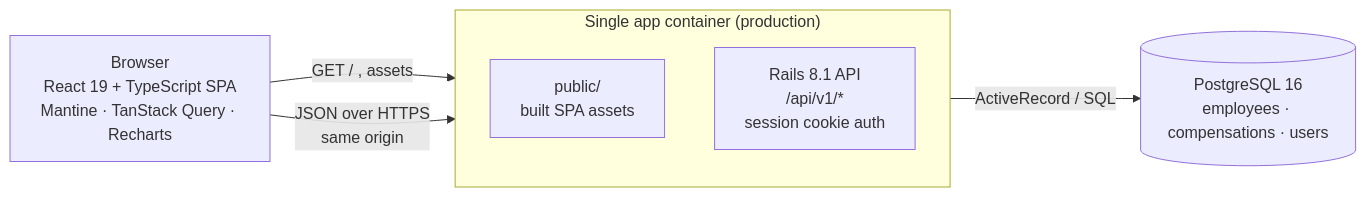
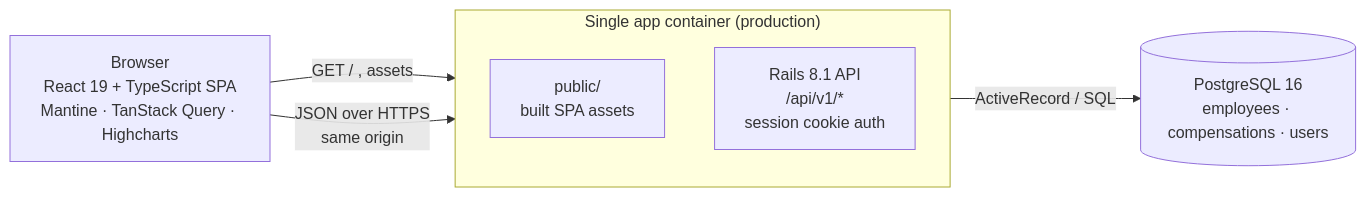
One commit to sravan44/salary-dashboard changed the second of 9 diagrams in docs/architecture-diagrams.md. Above: the diagram before and after it, drawn with Mermaid. The commit also changed other lines of this file and 92 other files, not shown here.

First line of the commit message:
M6: pay dashboard over GraphQL with Highcharts

````diff
--- a/docs/architecture-diagrams.md
+++ b/docs/architecture-diagrams.md
@@ -24,13 +24,13 @@
 ```mermaid
 flowchart LR
-  B["Browser<br/>React 19 + TypeScript SPA<br/>Mantine · TanStack Query · Recharts"]
+  B["Browser<br/>React 19 + TypeScript SPA<br/>Mantine · TanStack Query · Highcharts"]
   subgraph APP["Single app container (production)"]
     direction TB
     STATIC["public/<br/>built SPA assets"]
     API["Rails 8.1 API<br/>/api/v1/*<br/>session cookie auth"]
   end
   DB[("PostgreSQL 16<br/>employees · compensations · users")]
   B -->|GET / , assets| STATIC
   B -->|JSON over HTTPS<br/>same origin| API
   API -->|ActiveRecord / SQL| DB
 ```
````
